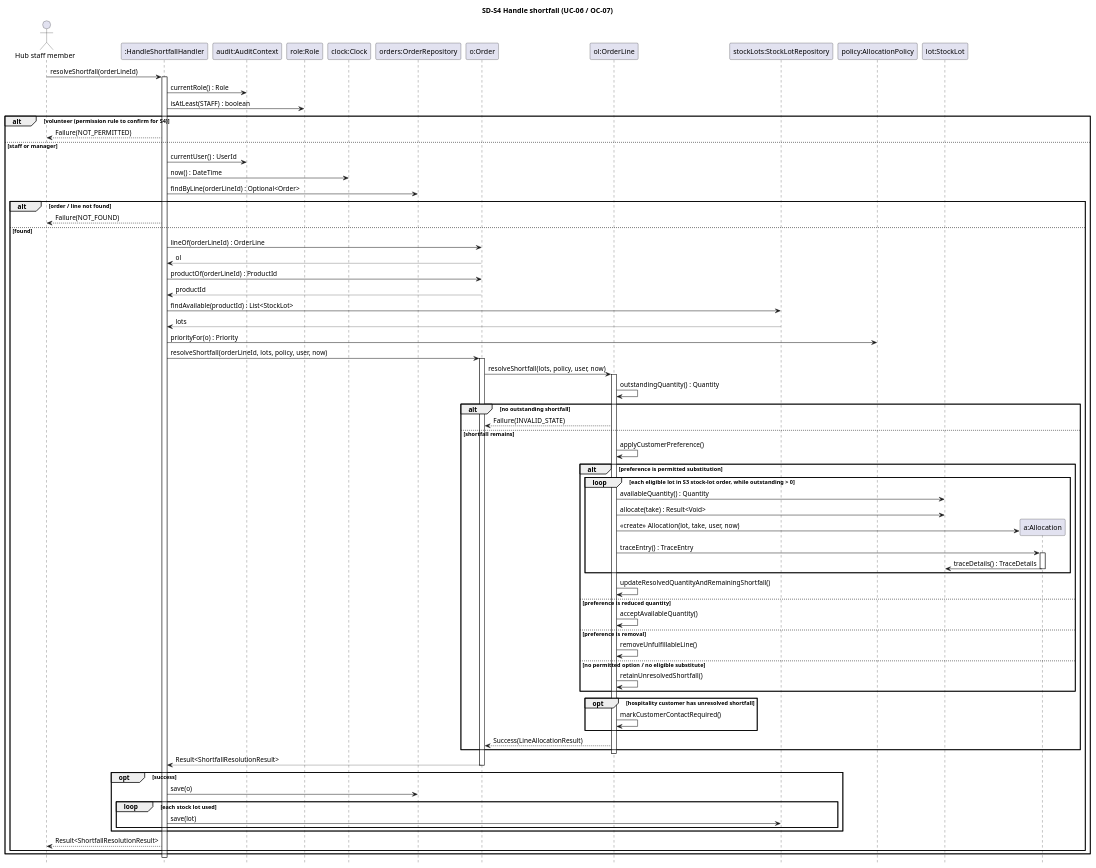
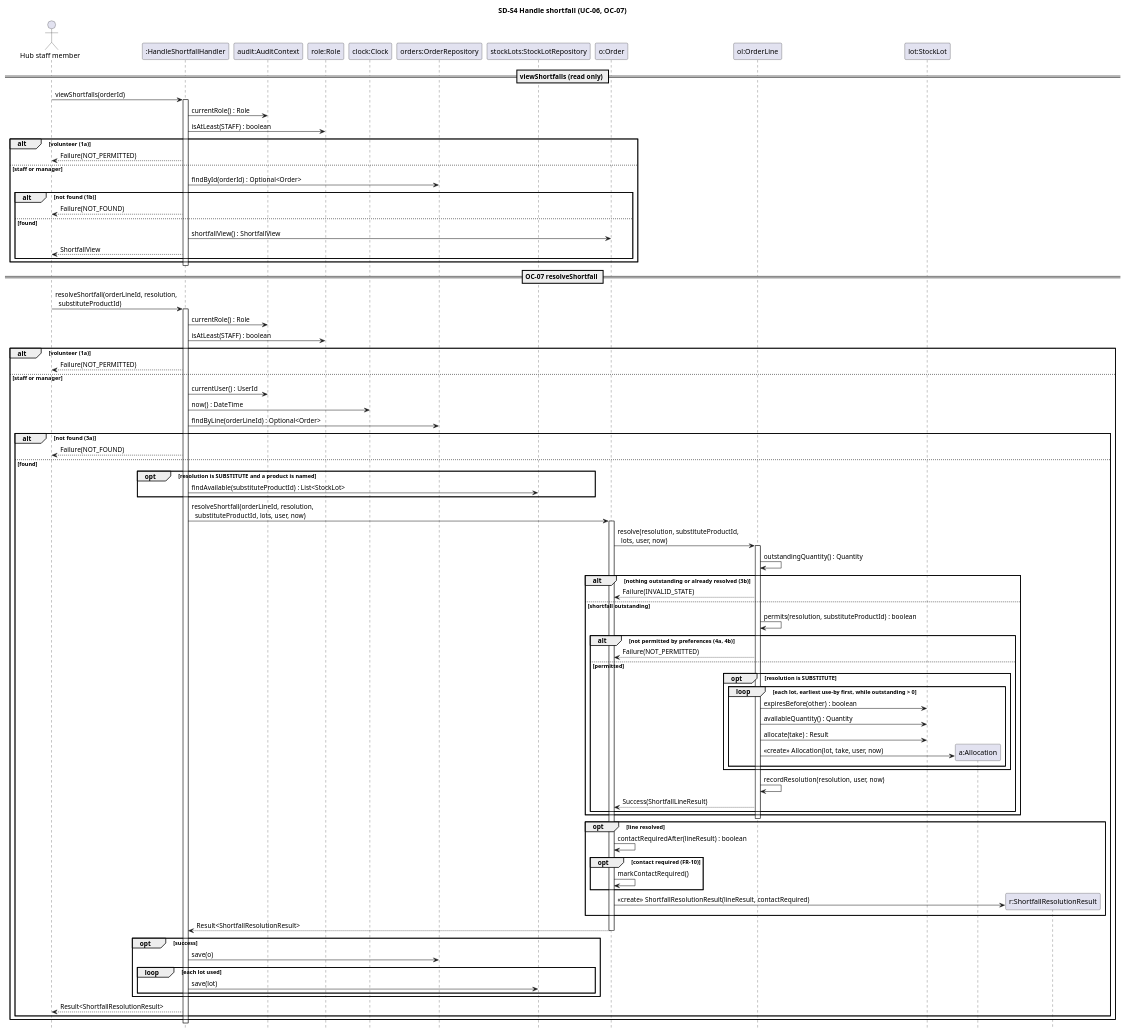
Before and after one commit to MTUCA2Group/ca-analysis: the diagram in design/sequence/SD-S4-handle-shortfall.puml, drawn with PlantUML. The commit also changed 19 other files, not shown here.

Commit message:
DR-008, SPK-02: Correct S4 chain - one resolveShortfall signature, preferences on OrderLine, substitute lookup, contract effects, GH-26 to GH-28

```diff
--- a/design/sequence/SD-S4-handle-shortfall.puml
+++ b/design/sequence/SD-S4-handle-shortfall.puml
@@ -1,87 +1,106 @@
 @startuml SD-S4-handle-shortfall
-' Object-interaction sequence diagram for OC-07 resolveShortfall (UC-06)
+' Object-interaction sequence diagram for UC-06: viewShortfalls and OC-07 resolveShortfall
+' First messages match SSD-S4; every other message is an operation in DCD-integrated
 hide footbox
 skinparam shadowing false
 skinparam sequenceMessageAlign left
 
-title SD-S4 Handle shortfall (UC-06 / OC-07)
+title SD-S4 Handle shortfall (UC-06, OC-07)
 
-actor "Hub staff member" as S
+actor "Hub staff member" as V
 participant ":HandleShortfallHandler" as H
 participant "audit:AuditContext" as A
 participant "role:Role" as R
 participant "clock:Clock" as C
 participant "orders:OrderRepository" as OR
+participant "stockLots:StockLotRepository" as SR
 participant "o:Order" as O
 participant "ol:OrderLine" as OL
-participant "stockLots:StockLotRepository" as SR
-participant "policy:AllocationPolicy" as P
 participant "lot:StockLot" as L
 
-S -> H : resolveShortfall(orderLineId)
+== viewShortfalls (read only) ==
+V -> H : viewShortfalls(orderId)
 activate H
 H -> A : currentRole() : Role
 H -> R : isAtLeast(STAFF) : boolean
-alt volunteer (permission rule to confirm for S4)
-  H --> S : Failure(NOT_PERMITTED)
+alt volunteer (1a)
+  H --> V : Failure(NOT_PERMITTED)
+else staff or manager
+  H -> OR : findById(orderId) : Optional<Order>
+  alt not found (1b)
+    H --> V : Failure(NOT_FOUND)
+  else found
+    ' The order describes its own short lines, so the handler never reads line fields
+    H -> O : shortfallView() : ShortfallView
+    H --> V : ShortfallView
+  end
+end
+deactivate H
+
+== OC-07 resolveShortfall ==
+V -> H : resolveShortfall(orderLineId, resolution,\n  substituteProductId)
+activate H
+H -> A : currentRole() : Role
+H -> R : isAtLeast(STAFF) : boolean
+alt volunteer (1a)
+  H --> V : Failure(NOT_PERMITTED)
 else staff or manager
   H -> A : currentUser() : UserId
   H -> C : now() : DateTime
   H -> OR : findByLine(orderLineId) : Optional<Order>
-  alt order / line not found
-    H --> S : Failure(NOT_FOUND)
+  alt not found (3a)
+    H --> V : Failure(NOT_FOUND)
   else found
-    H -> O : lineOf(orderLineId) : OrderLine
-    O --> H : ol
-    H -> O : productOf(orderLineId) : ProductId
-    O --> H : productId
-    H -> SR : findAvailable(productId) : List<StockLot>
-    SR --> H : lots
-    H -> P : priorityFor(o) : Priority
-    H -> O : resolveShortfall(orderLineId, lots, policy, user, now)
+    ' Only a substitute needs stock, and only for the substitute product
+    opt resolution is SUBSTITUTE and a product is named
+      H -> SR : findAvailable(substituteProductId) : List<StockLot>
+    end
+    H -> O : resolveShortfall(orderLineId, resolution,\n  substituteProductId, lots, user, now)
     activate O
-    O -> OL : resolveShortfall(lots, policy, user, now)
+    O -> OL : resolve(resolution, substituteProductId,\n  lots, user, now)
     activate OL
     OL -> OL : outstandingQuantity() : Quantity
-    alt no outstanding shortfall
+    alt nothing outstanding or already resolved (3b)
       OL --> O : Failure(INVALID_STATE)
-    else shortfall remains
-      OL -> OL : applyCustomerPreference()
-      alt preference is permitted substitution
-        loop each eligible lot in S3 stock-lot order, while outstanding > 0
-          OL -> L : availableQuantity() : Quantity
-          OL -> L : allocate(take) : Result<Void>
-          create "a:Allocation" as AL
-          OL -> AL : <<create>> Allocation(lot, take, user, now)
-          OL -> AL : traceEntry() : TraceEntry
-          activate AL
-          AL -> L : traceDetails() : TraceDetails
-          deactivate AL
+    else shortfall outstanding
+      ' Information Expert (DR-008): the line holds the customer's preferences
+      OL -> OL : permits(resolution, substituteProductId) : boolean
+      alt not permitted by preferences (4a, 4b)
+        OL --> O : Failure(NOT_PERMITTED)
+      else permitted
+        opt resolution is SUBSTITUTE
+          loop each lot, earliest use-by first, while outstanding > 0
+            OL -> L : expiresBefore(other) : boolean
+            OL -> L : availableQuantity() : Quantity
+            OL -> L : allocate(take) : Result
+            create "a:Allocation" as AL
+            OL -> AL : <<create>> Allocation(lot, take, user, now)
+          end
         end
-        OL -> OL : updateResolvedQuantityAndRemainingShortfall()
-      else preference is reduced quantity
-        OL -> OL : acceptAvailableQuantity()
-      else preference is removal
-        OL -> OL : removeUnfulfillableLine()
-      else no permitted option / no eligible substitute
-        OL -> OL : retainUnresolvedShortfall()
+        OL -> OL : recordResolution(resolution, user, now)
+        OL --> O : Success(ShortfallLineResult)
       end
-      opt hospitality customer has unresolved shortfall
-        OL -> OL : markCustomerContactRequired()
-      end
-      OL --> O : Success(LineAllocationResult)
     end
     deactivate OL
+    opt line resolved
+      ' Information Expert (DR-008): only the order knows its customer's type
+      O -> O : contactRequiredAfter(lineResult) : boolean
+      opt contact required (FR-10)
+        O -> O : markContactRequired()
+      end
+      create "r:ShortfallResolutionResult" as RS
+      O -> RS : <<create>> ShortfallResolutionResult(lineResult, contactRequired)
+    end
     O --> H : Result<ShortfallResolutionResult>
     deactivate O
     opt success
       H -> OR : save(o)
-      loop each stock lot used
+      loop each lot used
         H -> SR : save(lot)
       end
     end
-    H --> S : Result<ShortfallResolutionResult>
+    H --> V : Result<ShortfallResolutionResult>
   end
 end
 deactivate H
 @enduml
```
